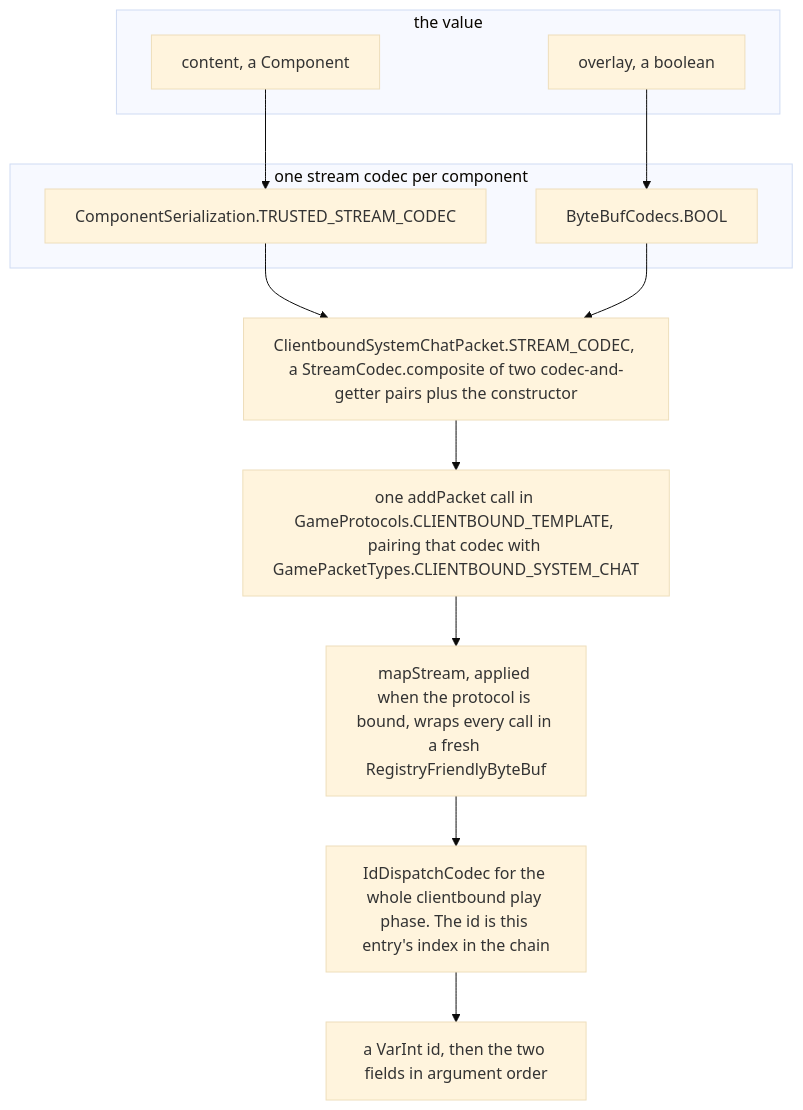
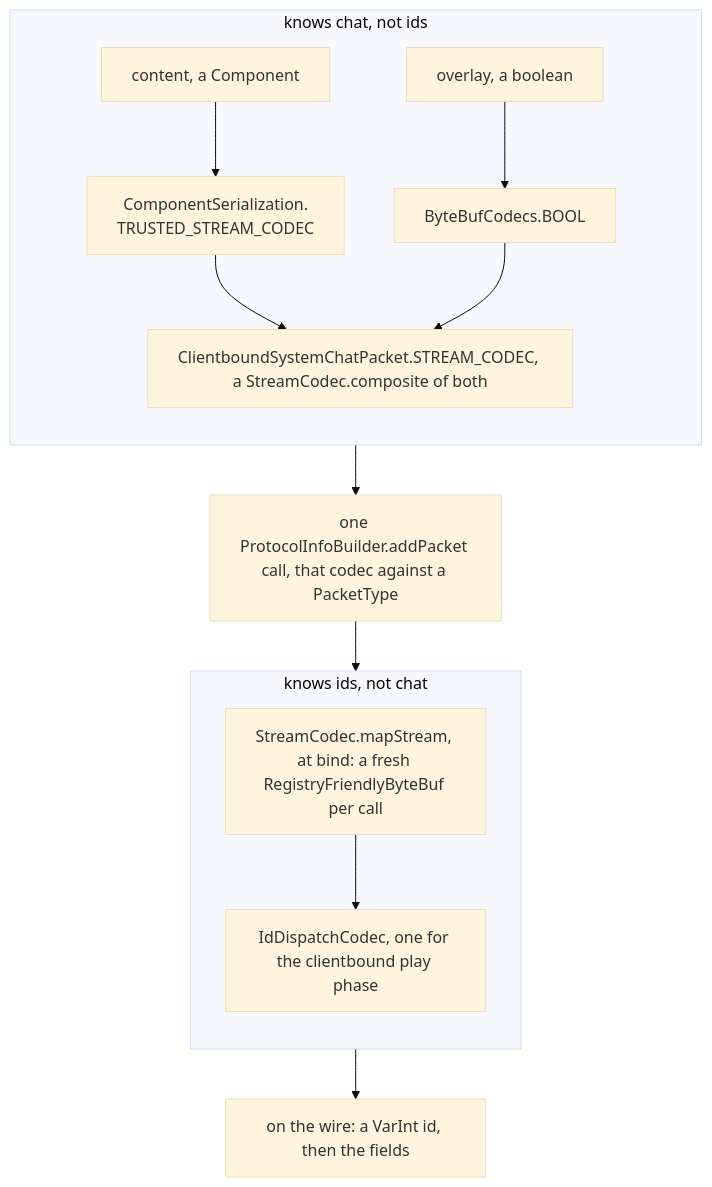
The diagram in src/systems/networking/packets-and-stream-codecs.md (AlexanderjFraser/MinecraftDocs), drawn with Mermaid (base theme) before and after one commit. The commit also changed other lines of this file and 11 other files, not shown here.

````diff
--- a/src/systems/networking/packets-and-stream-codecs.md
+++ b/src/systems/networking/packets-and-stream-codecs.md
@@ -106,19 +106,24 @@
 ```mermaid
-flowchart TB
-    subgraph V["the value"]
+flowchart TD
+    subgraph V["knows chat, not ids"]
+      direction TB
       F1["content, a Component"]
       F2["overlay, a boolean"]
+      SC1["ComponentSerialization.<br/>TRUSTED_STREAM_CODEC"]
+      SC2["ByteBufCodecs.BOOL"]
+      COMP["ClientboundSystemChatPacket.STREAM_CODEC, a StreamCodec.composite of both"]
+      F1 --> SC1
+      F2 --> SC2
+      SC1 --> COMP
+      SC2 --> COMP
     end
-    subgraph C["one stream codec per component"]
-      SC1["ComponentSerialization.TRUSTED_STREAM_CODEC"]
-      SC2["ByteBufCodecs.BOOL"]
+    COMP --> ENTRY["one ProtocolInfoBuilder.addPacket call, that codec against a PacketType"]
+    subgraph I["knows ids, not chat"]
+      direction TB
+      WRAP["StreamCodec.mapStream, at bind: a fresh RegistryFriendlyByteBuf per call"]
+      DISP["IdDispatchCodec, one for the clientbound play phase"]
+      WRAP --> DISP
     end
-    F1 --> SC1
-    F2 --> SC2
-    SC1 --> COMP["ClientboundSystemChatPacket.STREAM_CODEC, a StreamCodec.composite of two codec-and-getter pairs plus the constructor"]
-    SC2 --> COMP
-    COMP --> ENTRY["one addPacket call in GameProtocols.CLIENTBOUND_TEMPLATE, pairing that codec with GamePacketTypes.CLIENTBOUND_SYSTEM_CHAT"]
-    ENTRY --> WRAP["mapStream, applied when the protocol is bound, wraps every call in a fresh RegistryFriendlyByteBuf"]
-    WRAP --> DISP["IdDispatchCodec for the whole clientbound play phase. The id is this entry's index in the chain"]
-    DISP --> OUT["a VarInt id, then the two fields in argument order"]
+    ENTRY --> I
+    DISP --> OUT["on the wire: a VarInt id, then the fields"]
 ```
````
